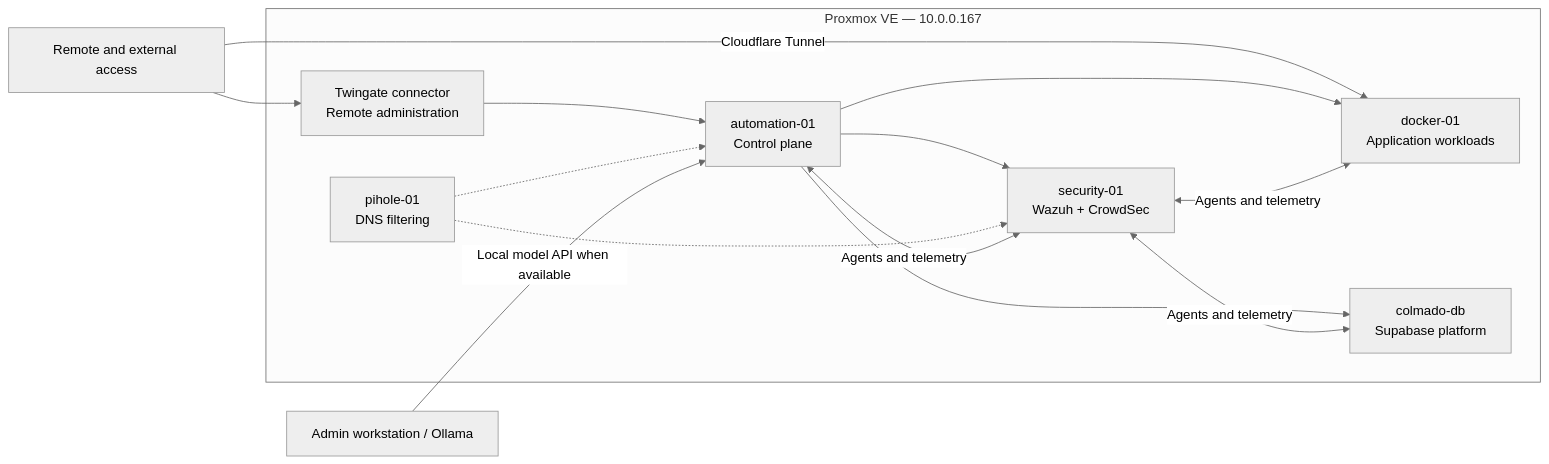
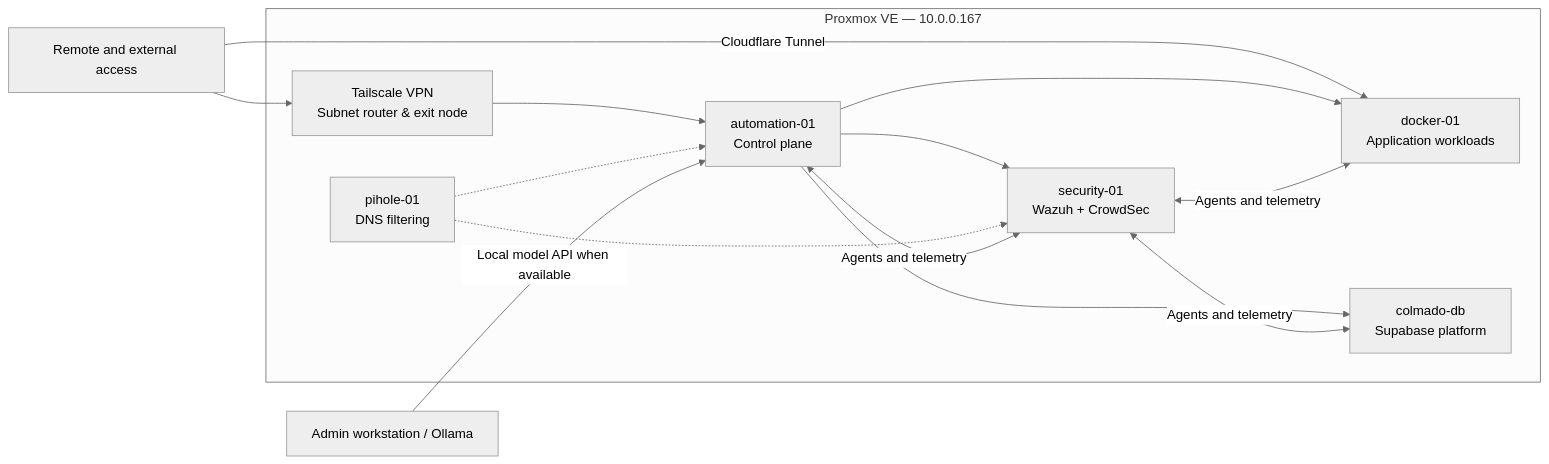
One commit to ycianno/homelab changed the diagram in README.md. Above: the diagram before and after it, drawn with Mermaid (neutral theme). The commit also changed other lines of this file and 13 other files, not shown here.

Commit message:
migration: replace Twingate with Tailscale VPN and update SSH alert rules

````diff
--- a/README.md
+++ b/README.md
@@ -15,27 +15,27 @@
 ```mermaid
 flowchart LR
     Internet["Remote and external access"]
     Admin["Admin workstation / Ollama"]
 
     subgraph PVE["Proxmox VE — 10.0.0.167"]
         Auto["automation-01\nControl plane"]
         Docker["docker-01\nApplication workloads"]
         Data["colmado-db\nSupabase platform"]
         Security["security-01\nWazuh + CrowdSec"]
         DNS["pihole-01\nDNS filtering"]
-        Twingate["Twingate connector\nRemote administration"]
+        Tailscale["Tailscale VPN\nSubnet router & exit node"]
     end
 
-    Internet --> Twingate
+    Internet --> Tailscale
     Internet -->|Cloudflare Tunnel| Docker
-    Twingate --> Auto
+    Tailscale --> Auto
     Auto --> Docker
     Auto --> Data
     Auto --> Security
     DNS -.-> Auto
     DNS -.-> Security
     Security <-->|Agents and telemetry| Auto
     Security <-->|Agents and telemetry| Docker
     Security <-->|Agents and telemetry| Data
     Admin -->|Local model API when available| Auto
 ```
````
